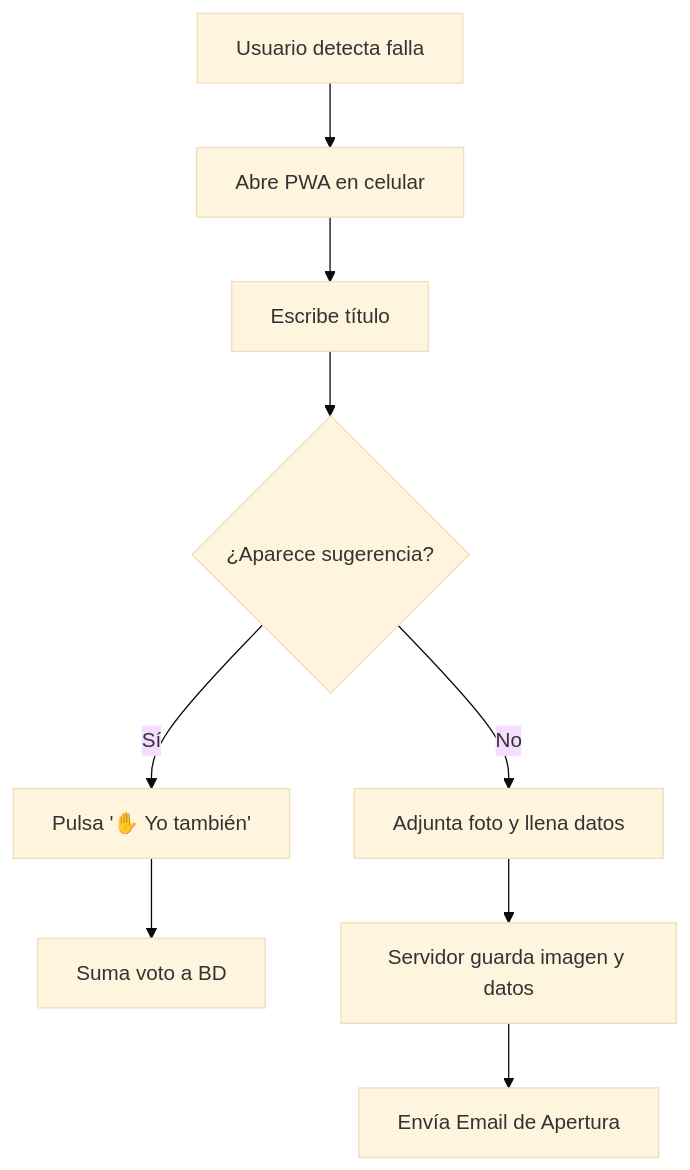
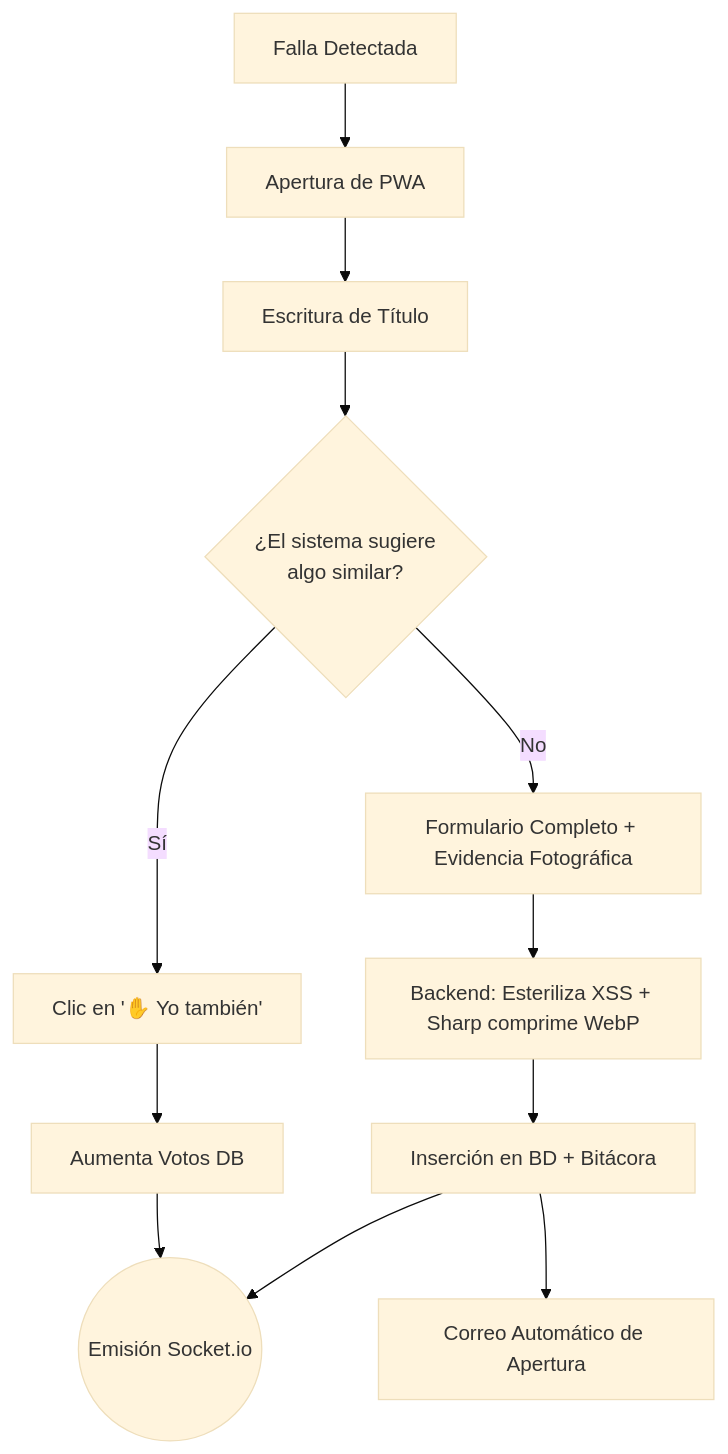
Before and after one commit to Cristian-Alejando/tickets_canaco: the first of 2 diagrams in README.md, drawn with Mermaid (base theme). The commit also changed other lines of this file and 17 other files, not shown here.

Commit message:
feat: Fase Búnker completa, seguridad JWT, WebSockets, bitácora de auditoría y corrección de buscador

````diff
--- a/README.md
+++ b/README.md
@@ -227,11 +261,14 @@
 ```mermaid
 graph TD
-    A[Usuario detecta falla] --> B[Abre PWA en celular]
-    B --> C[Escribe título]
-    C --> D{¿Aparece sugerencia?}
-    D -->|Sí| E[Pulsa '✋ Yo también']
-    D -->|No| F[Adjunta foto y llena datos]
-    E --> G[Suma voto a BD]
-    F --> H[Servidor guarda imagen y datos]
-    H --> I[Envía Email de Apertura]
+    A[Falla Detectada] --> B[Apertura de PWA]
+    B --> C[Escritura de Título]
+    C --> D{¿El sistema sugiere<br>algo similar?}
+    D -->|Sí| E[Clic en '✋ Yo también']
+    D -->|No| F[Formulario Completo + Evidencia Fotográfica]
+    E --> G[Aumenta Votos DB]
+    F --> H[Backend: Esteriliza XSS + Sharp comprime WebP]
+    H --> I[Inserción en BD + Bitácora]
+    G --> J((Emisión Socket.io))
+    I --> J
+    I --> K[Correo Automático de Apertura]
 ```
````
